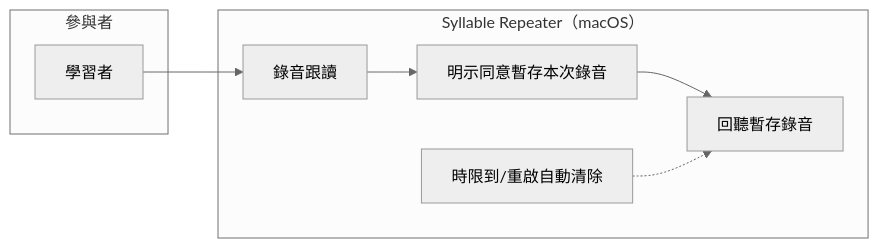
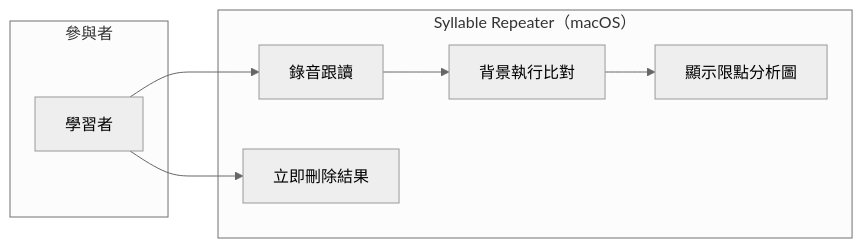
Diagram 12 of 14 in spec-syllable-repeater/requirements/syllable-practice-macos-v1.1_20260712/requirement/requirement.md (karenli628/syllable-repeater), drawn with Mermaid (neutral theme) before and after one commit. The commit also changed other lines of this file and 19 other files, not shown here.

````diff
--- a/spec-syllable-repeater/requirements/syllable-practice-macos-v1.1_20260712/requirement/requirement.md
+++ b/spec-syllable-repeater/requirements/syllable-practice-macos-v1.1_20260712/requirement/requirement.md
@@ -859,14 +918,14 @@
 ```mermaid
 flowchart LR
     subgraph actors["參與者"]
         U[學習者]
     end
     subgraph system["Syllable Repeater（macOS）"]
         UC1[錄音跟讀]
-        UC2[明示同意暫存本次錄音]
-        UC3[回聽暫存錄音]
-        UC4[時限到/重啟自動清除]
+        UC2[背景執行比對]
+        UC3[顯示限點分析圖]
+        UC4[立即刪除結果]
     end
     U --> UC1 --> UC2 --> UC3
-    UC4 -.-> UC3
+    U --> UC4
 ```
````
